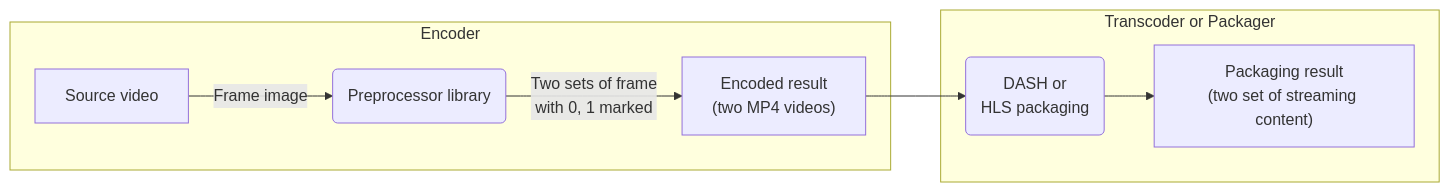
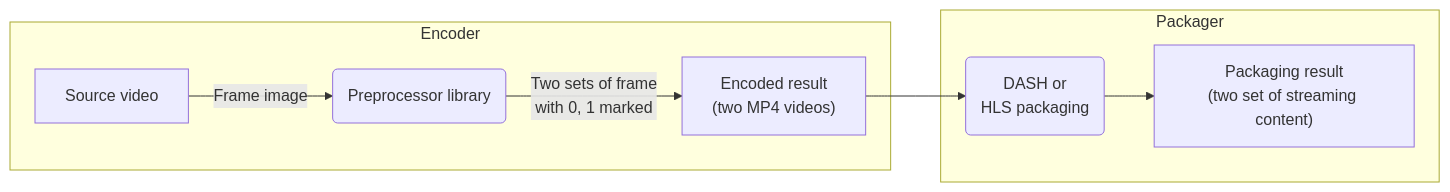
One commit to daniel-inka/pallycon-docs-v3 changed the fourth of 6 diagrams in content/forensic-watermarking/getting-started/fwm-workflow.en.md. Above: the diagram before and after it, drawn with Mermaid. The commit also changed 51 other files, not shown here.

````diff
--- a/content/forensic-watermarking/getting-started/fwm-workflow.en.md
+++ b/content/forensic-watermarking/getting-started/fwm-workflow.en.md
@@ -220,11 +220,11 @@
 ```mermaid
 graph LR;
     subgraph Encoder
     A[Source video] -->|Frame image| B(Preprocessor library)
     B -->|Two sets of frame<br>with 0, 1 marked| C["Encoded result<br>(two MP4 videos)"]
     end
     C --> D(DASH or<br>HLS packaging)
-    subgraph Transcoder or Packager
+    subgraph Packager
     D --> E["Packaging result<br>(two set of streaming content)"]
     end
 ```
````
